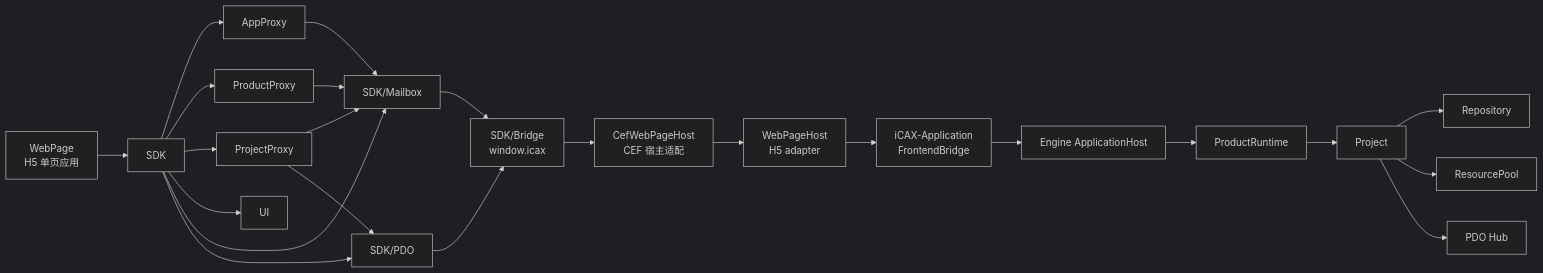
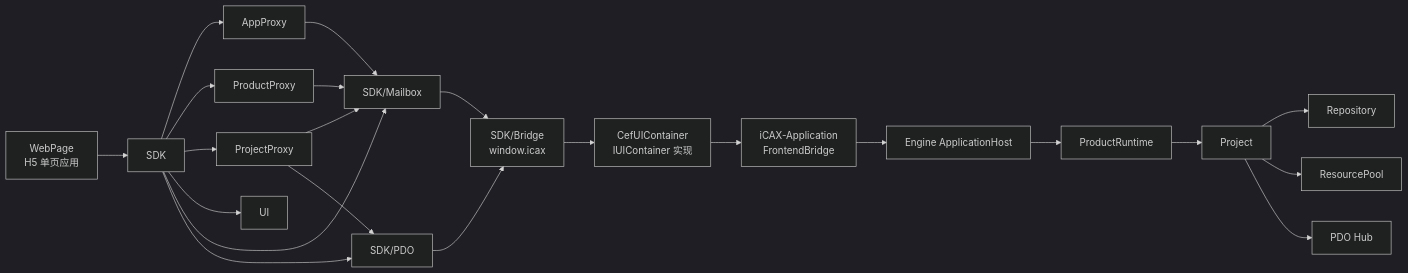
The first of 2 diagrams in doc/iCAX-UI/iCAX-UI设计文档.md (penguinchiang0609-ui/iCAX), drawn with Mermaid (dark theme) before and after one commit. The commit also changed other lines of this file and 224 other files, not shown here.

````diff
--- a/doc/iCAX-UI/iCAX-UI设计文档.md
+++ b/doc/iCAX-UI/iCAX-UI设计文档.md
@@ -63,25 +63,24 @@
 ```mermaid
 flowchart LR
     WebPage["WebPage<br/>H5 单页应用"] --> SDK["SDK"]
     SDK --> AppProxy["AppProxy"]
     SDK --> ProductProxy["ProductProxy"]
     SDK --> ProjectProxy["ProjectProxy"]
     SDK --> UI["UI"]
     SDK --> Mailbox["SDK/Mailbox"]
     SDK --> PDOClient["SDK/PDO"]
     AppProxy --> Mailbox
     ProductProxy --> Mailbox
     ProjectProxy --> Mailbox
     ProjectProxy --> PDOClient
     PDOClient --> Bridge["SDK/Bridge<br/>window.icax"]
     Mailbox --> Bridge
-    Bridge --> CefHost["CefWebPageHost<br/>CEF 宿主适配"]
-    CefHost --> WebHost["WebPageHost<br/>H5 adapter"]
-    WebHost --> FrontendBridge["iCAX-Application<br/>FrontendBridge"]
+    Bridge --> CefHost["CefUIContainer<br/>IUIContainer 实现"]
+    CefHost --> FrontendBridge["iCAX-Application<br/>FrontendBridge"]
     FrontendBridge --> AppHost["Engine ApplicationHost"]
     AppHost --> ProductRuntime["ProductRuntime"]
     ProductRuntime --> Project["Project"]
     Project --> Repo["Repository"]
     Project --> Resources["ResourcePool"]
     Project --> PDO["PDO Hub"]
 ```
````
